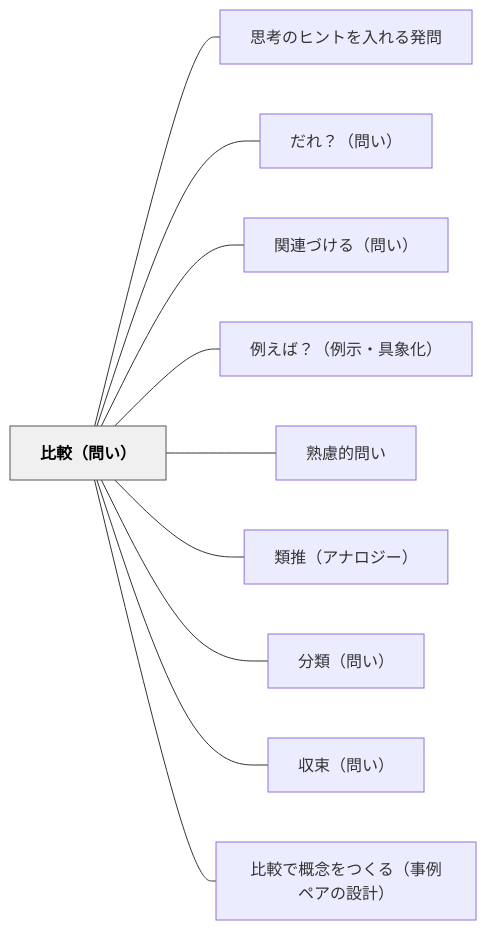
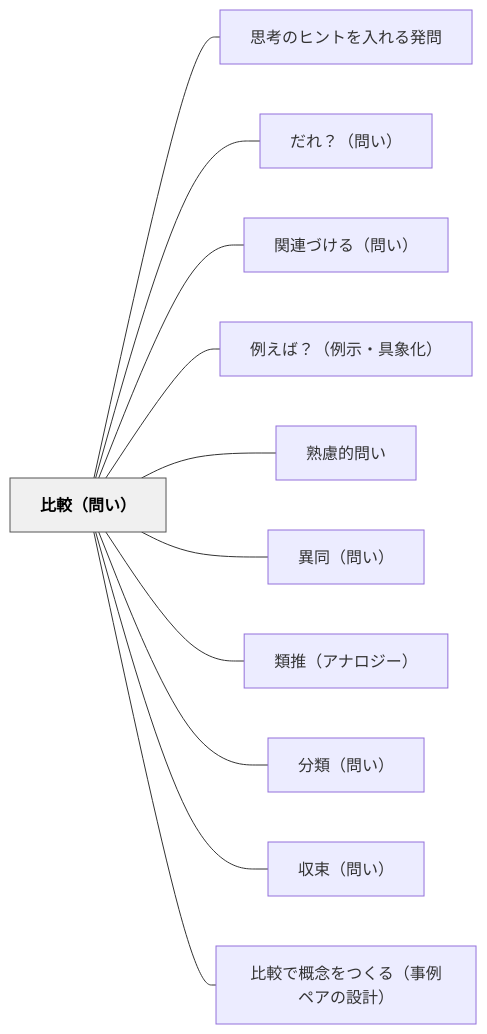
The diagram in content/パタン/比較（問い）.md (unknownthings-ed-patterns/unknownthings-ed-patterns), drawn with Mermaid before and after one commit. The commit also changed other lines of this file and 5 other files, not shown here.

````diff
--- a/content/パタン/比較（問い）.md
+++ b/content/パタン/比較（問い）.md
@@ -53,26 +54,28 @@
 ```mermaid
 flowchart LR
     ne6af94e8bc83efbc88e5958fe38184efbc89["比較（問い）"]
     ne6809de88083e381aee38392e383b3e38388e38292e585a5e3828ce3828be799bae5958f["思考のヒントを入れる発問"]
     ne381a0e3828cefbc9fefbc88e5958fe38184efbc89["だれ？（問い）"]
     ne996a2e980a3e381a5e38191e3828befbc88e5958fe38184efbc89["関連づける（問い）"]
     ne4be8be38188e381b0efbc9fefbc88e4be8be7a4bae383bbe585b7e8b1a1e58c96efbc89["例えば？（例示・具象化）"]
     ne7869fe685aee79a84e5958fe38184["熟慮的問い"]
+    ne795b0e5908cefbc88e5958fe38184efbc89["異同（問い）"]
     ne9a19ee68ea8efbc88e382a2e3838ae383ade382b8e383bcefbc89["類推（アナロジー）"]
     ne58886e9a19eefbc88e5958fe38184efbc89["分類（問い）"]
     ne58f8ee69d9fefbc88e5958fe38184efbc89["収束（問い）"]
     ne6af94e8bc83e381a7e6a682e5bfb5e38292e381a4e3818fe3828befbc88e4ba8be4be8be3839ae382a2e381aee8a8ade8a888efbc89["比較で概念をつくる（事例ペアの設計）"]
 
     ne6af94e8bc83efbc88e5958fe38184efbc89 --- ne6809de88083e381aee38392e383b3e38388e38292e585a5e3828ce3828be799bae5958f
     ne6af94e8bc83efbc88e5958fe38184efbc89 --- ne381a0e3828cefbc9fefbc88e5958fe38184efbc89
     ne6af94e8bc83efbc88e5958fe38184efbc89 --- ne996a2e980a3e381a5e38191e3828befbc88e5958fe38184efbc89
     ne6af94e8bc83efbc88e5958fe38184efbc89 --- ne4be8be38188e381b0efbc9fefbc88e4be8be7a4bae383bbe585b7e8b1a1e58c96efbc89
     ne6af94e8bc83efbc88e5958fe38184efbc89 --- ne7869fe685aee79a84e5958fe38184
+    ne6af94e8bc83efbc88e5958fe38184efbc89 --- ne795b0e5908cefbc88e5958fe38184efbc89
     ne6af94e8bc83efbc88e5958fe38184efbc89 --- ne9a19ee68ea8efbc88e382a2e3838ae383ade382b8e383bcefbc89
     ne6af94e8bc83efbc88e5958fe38184efbc89 --- ne58886e9a19eefbc88e5958fe38184efbc89
     ne6af94e8bc83efbc88e5958fe38184efbc89 --- ne58f8ee69d9fefbc88e5958fe38184efbc89
     ne6af94e8bc83efbc88e5958fe38184efbc89 --- ne6af94e8bc83e381a7e6a682e5bfb5e38292e381a4e3818fe3828befbc88e4ba8be4be8be3839ae382a2e381aee8a8ade8a888efbc89
 
     classDef hub fill:#f0f0f0,stroke:#555,color:#000,font-weight:bold
     class ne6af94e8bc83efbc88e5958fe38184efbc89 hub
 ```
````
